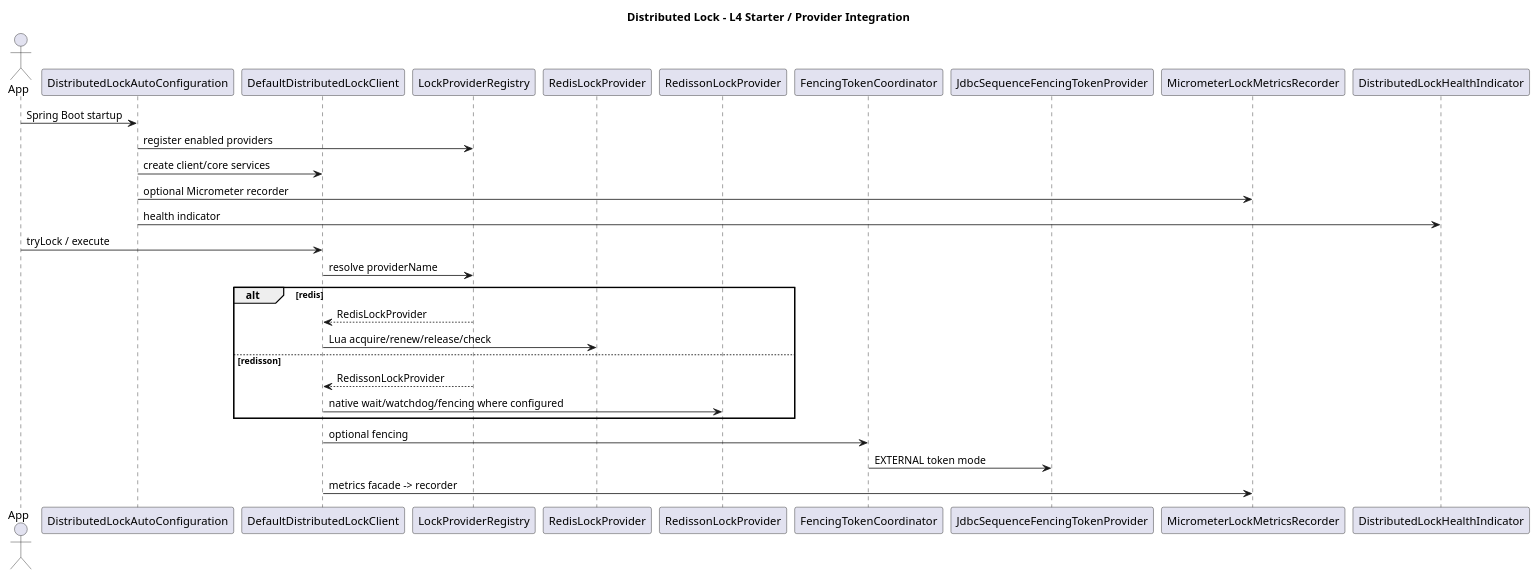
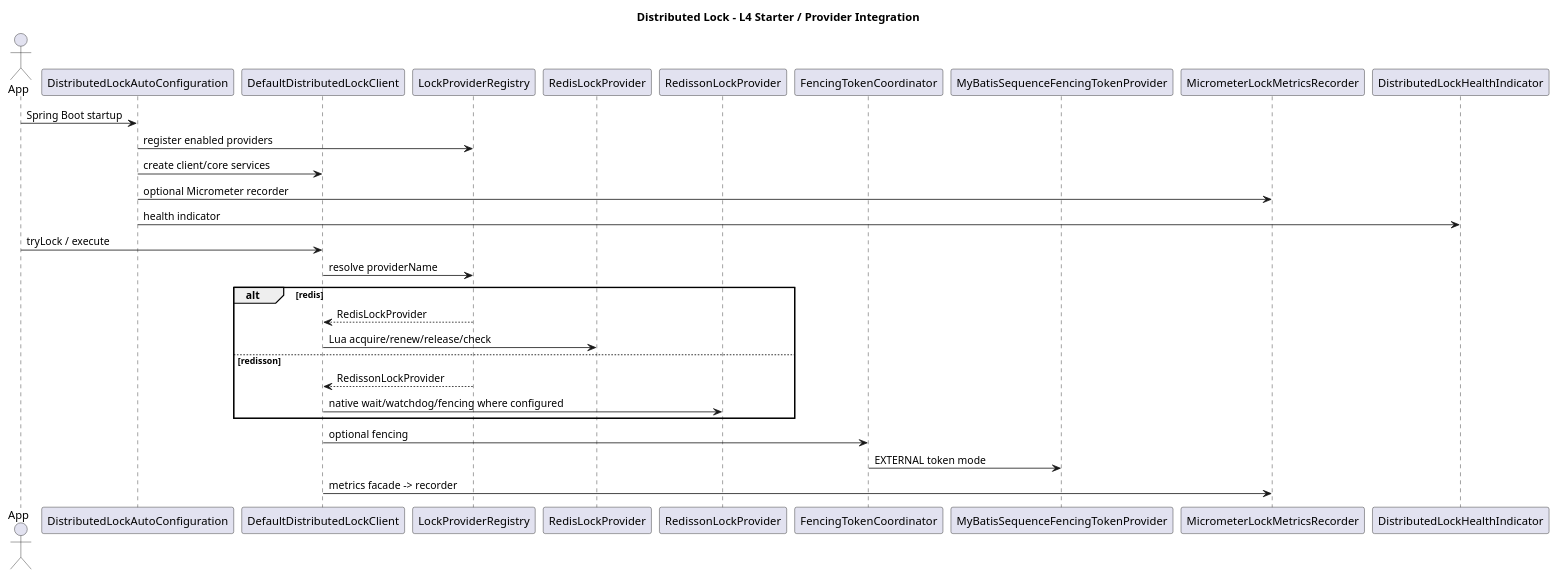
Before and after one commit to pbxjtumse/iron-components-java: the diagram in component/distributed-lock-component/docs/sequence/L4-integration-flow/starter-provider-integration.puml, drawn with PlantUML. The commit also changed 282 other files, not shown here.

```diff
--- a/component/distributed-lock-component/docs/sequence/L4-integration-flow/starter-provider-integration.puml
+++ b/component/distributed-lock-component/docs/sequence/L4-integration-flow/starter-provider-integration.puml
@@ -1,31 +1,31 @@
 @startuml
 title Distributed Lock - L4 Starter / Provider Integration
 actor App
 participant DistributedLockAutoConfiguration as AC
 participant DefaultDistributedLockClient as C
 participant LockProviderRegistry as R
 participant RedisLockProvider as Redis
 participant RedissonLockProvider as Redisson
 participant FencingTokenCoordinator as F
-participant JdbcSequenceFencingTokenProvider as JDBC
+participant MyBatisSequenceFencingTokenProvider as JDBC
 participant MicrometerLockMetricsRecorder as M
 participant DistributedLockHealthIndicator as H
 
 App -> AC : Spring Boot startup
 AC -> R : register enabled providers
 AC -> C : create client/core services
 AC -> M : optional Micrometer recorder
 AC -> H : health indicator
 App -> C : tryLock / execute
 C -> R : resolve providerName
 alt redis
   R --> C : RedisLockProvider
   C -> Redis : Lua acquire/renew/release/check
 else redisson
   R --> C : RedissonLockProvider
   C -> Redisson : native wait/watchdog/fencing where configured
 end
 C -> F : optional fencing
 F -> JDBC : EXTERNAL token mode
 C -> M : metrics facade -> recorder
 @enduml
```
